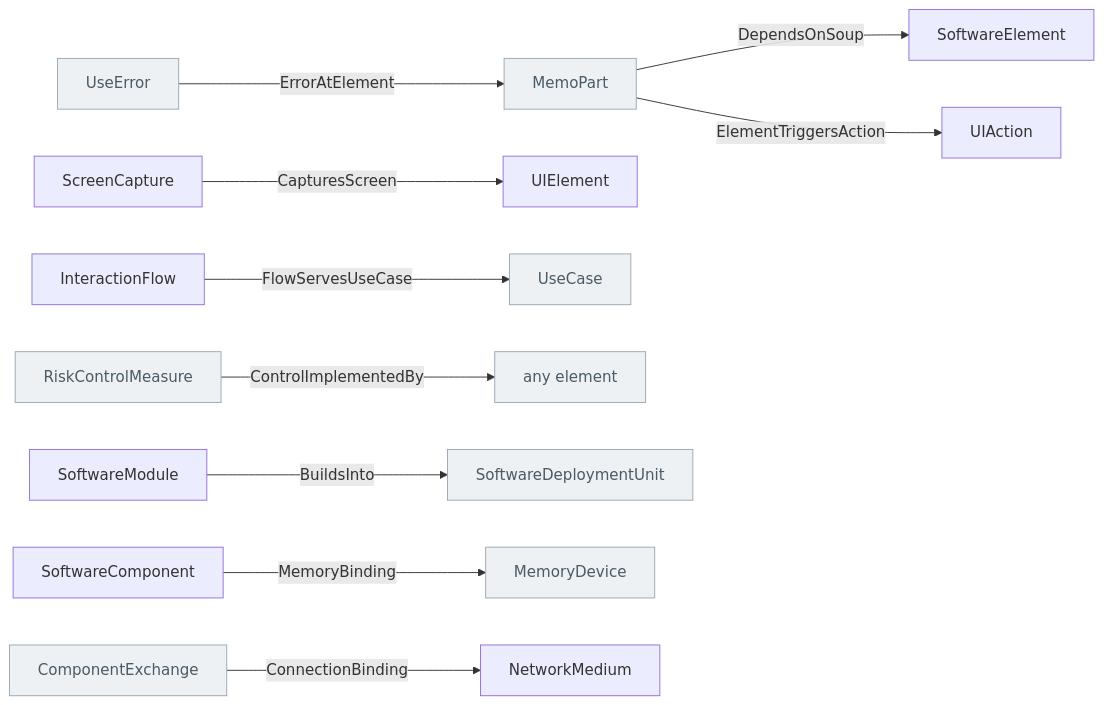
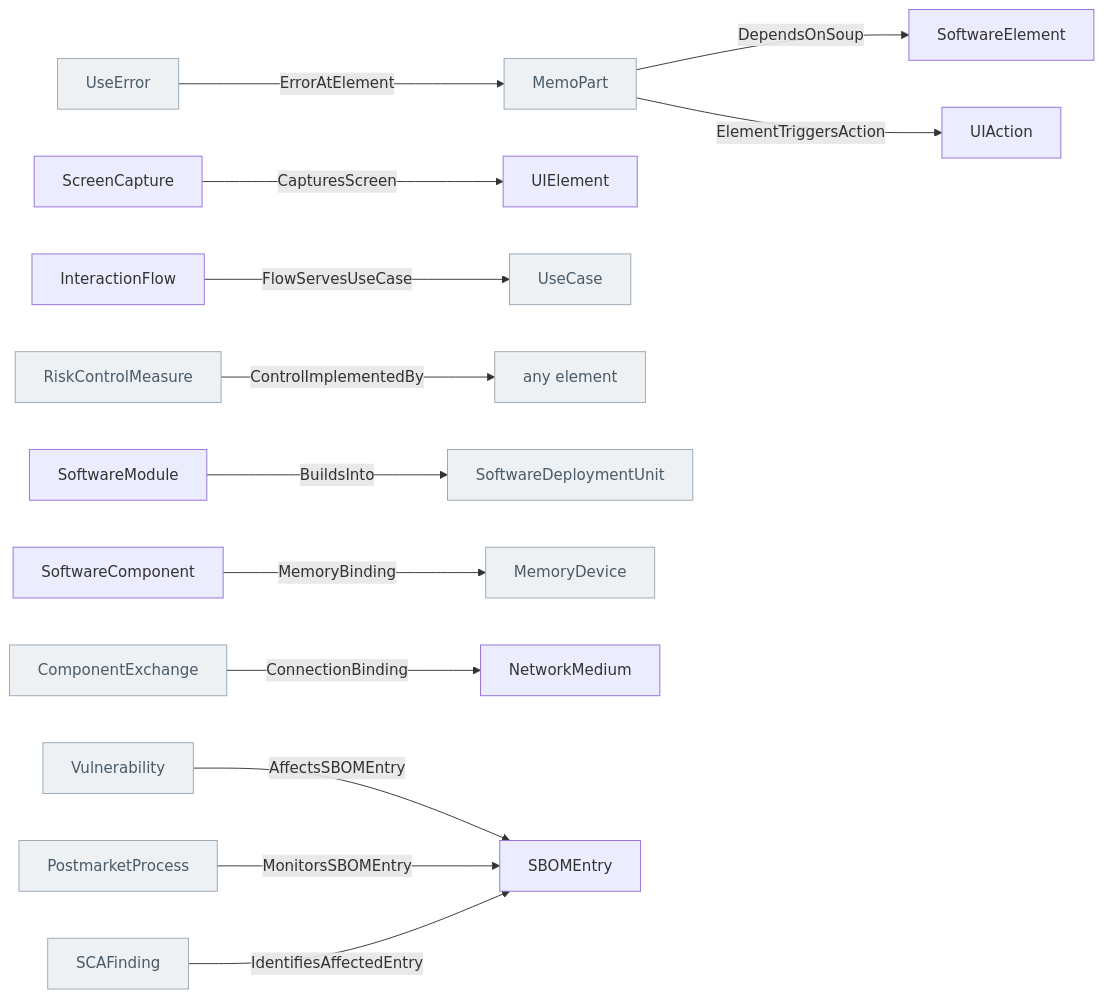
The diagram in docs/ontology/_generated/implementation.md (memoarchitect/memo), drawn with Mermaid before and after one commit. The commit also changed other lines of this file and 19 other files, not shown here.

````diff
--- a/docs/ontology/_generated/implementation.md
+++ b/docs/ontology/_generated/implementation.md
@@ -65,29 +69,36 @@
 ```mermaid
 flowchart LR
   MemoPart["MemoPart"]:::other
   SoftwareElement["SoftwareElement"]
   ScreenCapture["ScreenCapture"]
   UIElement["UIElement"]
   UIAction["UIAction"]
   InteractionFlow["InteractionFlow"]
   UseCase["UseCase"]:::other
   UseError["UseError"]:::other
   RiskControlMeasure["RiskControlMeasure"]:::other
   anyElement["any element"]:::other
   SoftwareModule["SoftwareModule"]
   SoftwareDeploymentUnit["SoftwareDeploymentUnit"]:::other
   SoftwareComponent["SoftwareComponent"]
   MemoryDevice["MemoryDevice"]:::other
   ComponentExchange["ComponentExchange"]:::other
   NetworkMedium["NetworkMedium"]
+  Vulnerability["Vulnerability"]:::other
+  SBOMEntry["SBOMEntry"]
+  PostmarketProcess["PostmarketProcess"]:::other
+  SCAFinding["SCAFinding"]:::other
   MemoPart -->|DependsOnSoup| SoftwareElement
   ScreenCapture -->|CapturesScreen| UIElement
   MemoPart -->|ElementTriggersAction| UIAction
   InteractionFlow -->|FlowServesUseCase| UseCase
   UseError -->|ErrorAtElement| MemoPart
   RiskControlMeasure -->|ControlImplementedBy| anyElement
   SoftwareModule -->|BuildsInto| SoftwareDeploymentUnit
   SoftwareComponent -->|MemoryBinding| MemoryDevice
   ComponentExchange -->|ConnectionBinding| NetworkMedium
+  Vulnerability -->|AffectsSBOMEntry| SBOMEntry
+  PostmarketProcess -->|MonitorsSBOMEntry| SBOMEntry
+  SCAFinding -->|IdentifiesAffectedEntry| SBOMEntry
   classDef other fill:#eef1f4,stroke:#9aa7b2,color:#4a5a66
 ```
````
